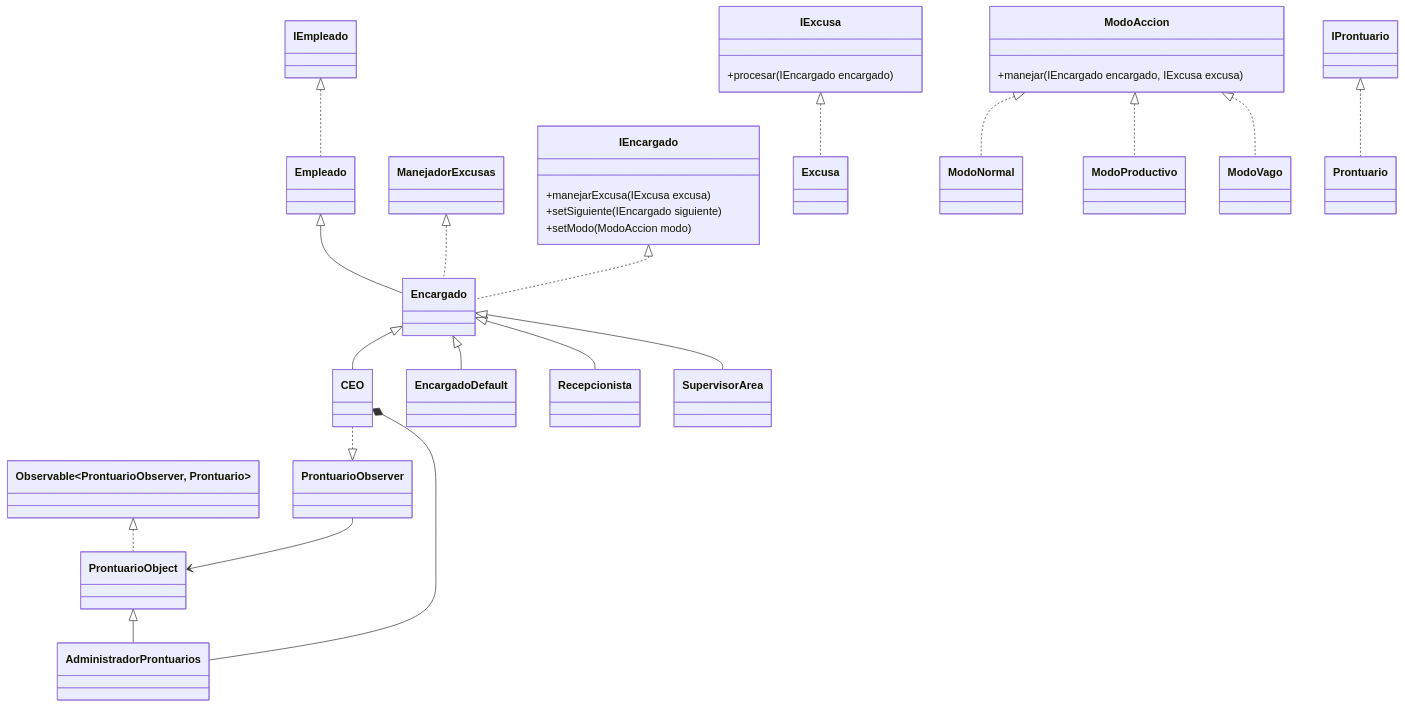
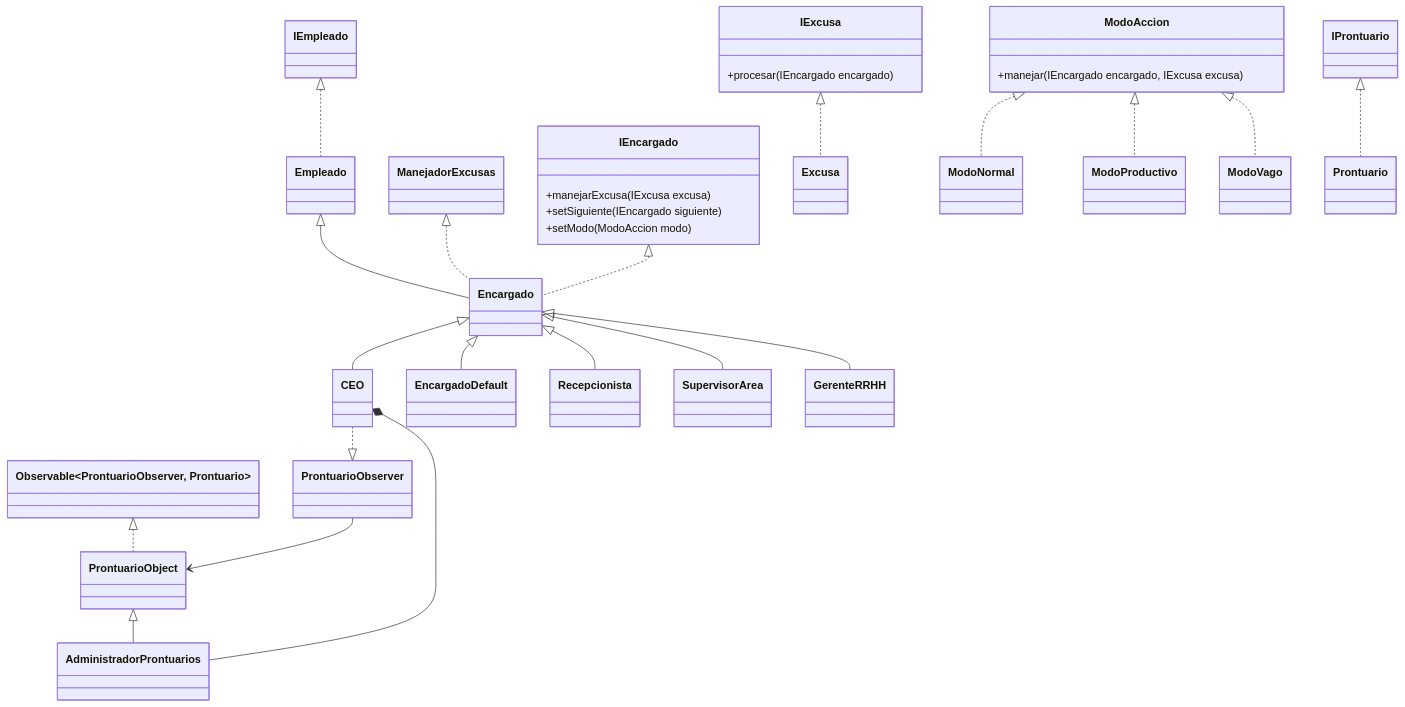
One commit to SantiFalcon59/DisenoSistemas changed the diagram in README.md. Above: the diagram before and after it, drawn with Mermaid. The commit also changed 7 other files, not shown here.

````diff
--- a/README.md
+++ b/README.md
@@ -1,63 +1,64 @@
 ```mermaid
 classDiagram
     %% Interfaces
     class IEmpleado
     class IEncargado {
         +manejarExcusa(IExcusa excusa)
         +setSiguiente(IEncargado siguiente)
         +setModo(ModoAccion modo)
     }
     class IExcusa {
         +procesar(IEncargado encargado)
     }
     class ManejadorExcusas
     class ModoAccion {
         +manejar(IEncargado encargado, IExcusa excusa)
     }
     class IProntuario
     class Observable~ProntuarioObserver, Prontuario~
 
     %% Clases concretas
     class Empleado
     class Encargado
     class CEO
     class EncargadoDefault
     class Recepcionista
     class SupervisorArea
-
+    class GerenteRRHH
     class Excusa
 
     class ModoNormal
     class ModoProductivo
     class ModoVago
 
     class AdministradorProntuarios
     class Prontuario
     class ProntuarioObject
     class ProntuarioObserver
 
     %% Herencias / Implementaciones
     IEmpleado <|.. Empleado
     Empleado <|-- Encargado
     ManejadorExcusas <|.. Encargado
     IEncargado <|.. Encargado
 
     Encargado <|-- CEO
+	Encargado <|-- GerenteRRHH
     Encargado <|-- Recepcionista
     Encargado <|-- SupervisorArea
     Encargado <|-- EncargadoDefault
 
     IExcusa <|.. Excusa
 
     ModoAccion <|.. ModoNormal
     ModoAccion <|.. ModoProductivo
     ModoAccion <|.. ModoVago
 
     Observable~ProntuarioObserver, Prontuario~ <|.. ProntuarioObject
     ProntuarioObject <|-- AdministradorProntuarios
     IProntuario <|.. Prontuario
     CEO *-- AdministradorProntuarios
 
     ProntuarioObserver --> ProntuarioObject
     CEO ..|> ProntuarioObserver
 ```
````
